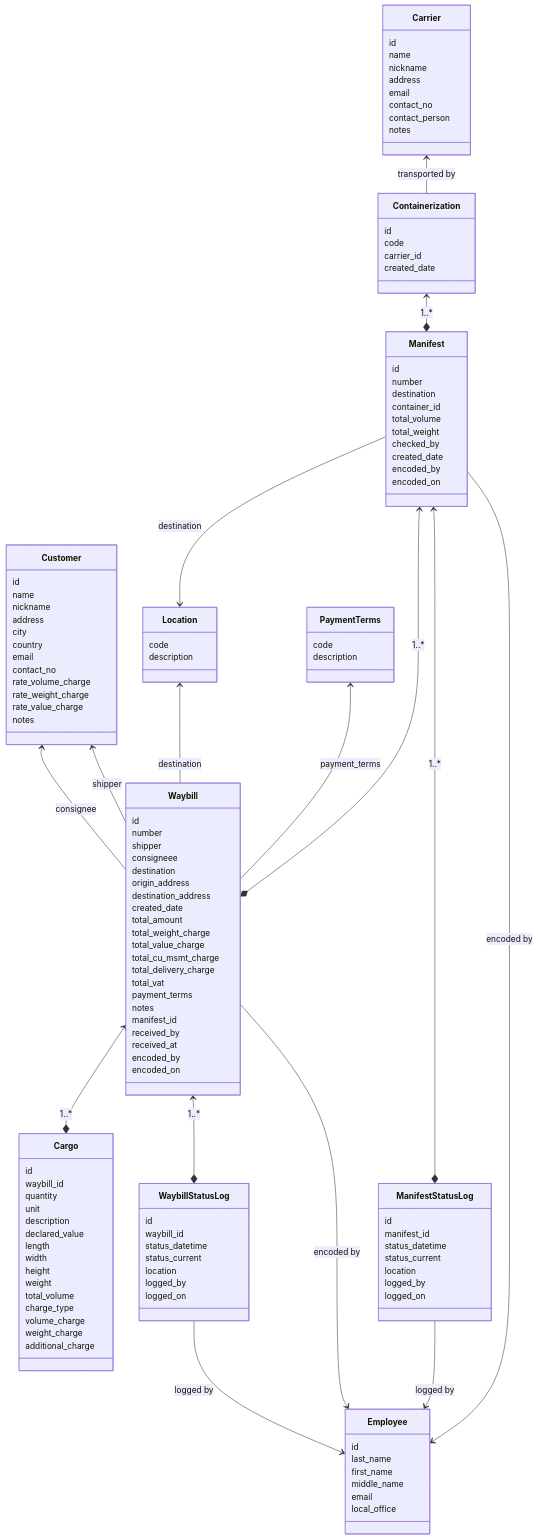
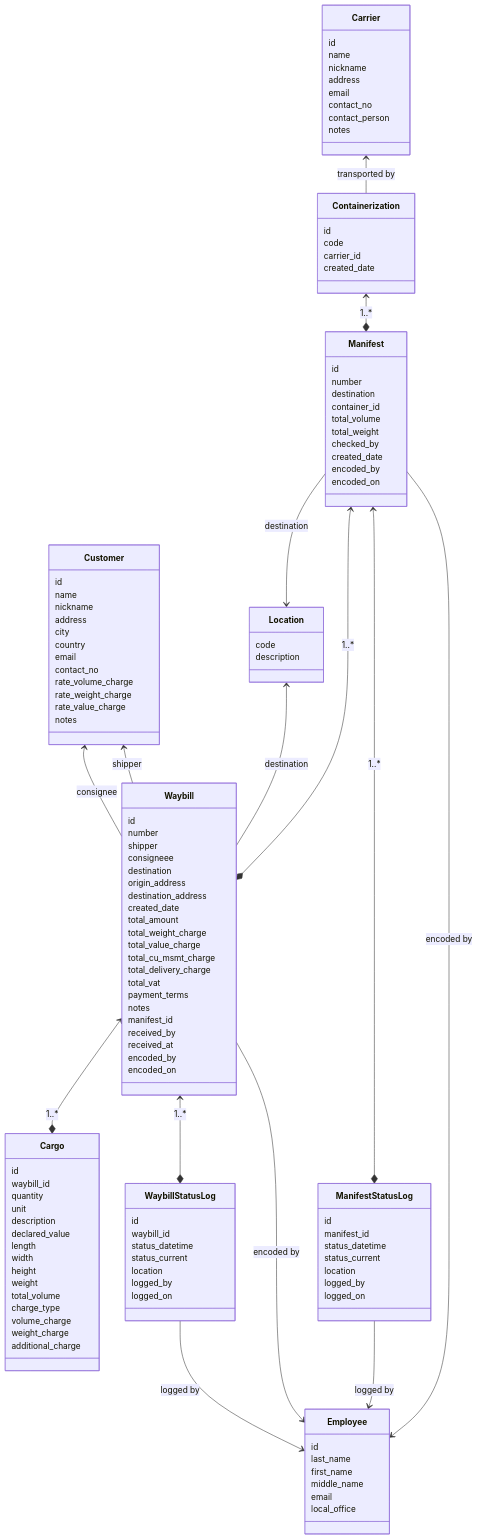
One commit to marteyhaw/ideal-train changed the diagram in docs/MODELS.md. Above: the diagram before and after it, drawn with Mermaid. The commit also changed other lines of this file, not shown here.

Commit message:
chore: updated MODELS.md to reflect PaymentTerms no longer needing its own table

````diff
--- a/docs/MODELS.md
+++ b/docs/MODELS.md
@@ -100,10 +99,6 @@
   logged_by
   logged_on
 }
-class PaymentTerms{
-  code
-  description
-}
 class Waybill{
   id
   number
@@ -149,6 +144,5 @@
 Customer <-- Waybill : shipper
 Customer <-- Waybill : consignee
 Location <-- Waybill : destination
-PaymentTerms <-- Waybill : payment_terms
 Manifest --> Location : destination
 ```
````
